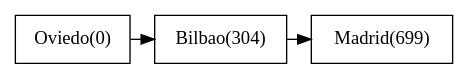
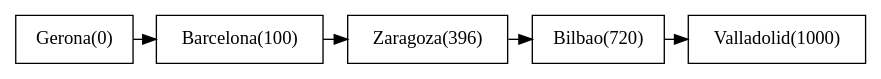
Before and after one commit to Sergio-Sebastian/-EDD-Proyecto2_Junio2020_201709159: the diagram in [EDD]Proyecto2_Junio2020/RutaCorta.dot, drawn with Graphviz. The commit also changed 78 other files, not shown here.

```diff
--- a/[EDD]Proyecto2_Junio2020/RutaCorta.dot
+++ b/[EDD]Proyecto2_Junio2020/RutaCorta.dot
@@ -1,9 +1,11 @@
 digraph D {
 node[shape=rectangle]
 
-"Oviedo(0)"->"Bilbao(304)";
-"Bilbao(304)"->"Madrid(699)";
-"Madrid(699)"
-{rank=same;"Oviedo(0)""Bilbao(304)""Madrid(699)"}
+"Gerona(0)"->"Barcelona(100)";
+"Barcelona(100)"->"Zaragoza(396)";
+"Zaragoza(396)"->"Bilbao(720)";
+"Bilbao(720)"->"Valladolid(1000)";
+"Valladolid(1000)"
+{rank=same;"Gerona(0)""Barcelona(100)""Zaragoza(396)""Bilbao(720)""Valladolid(1000)"}
 
 }
```
